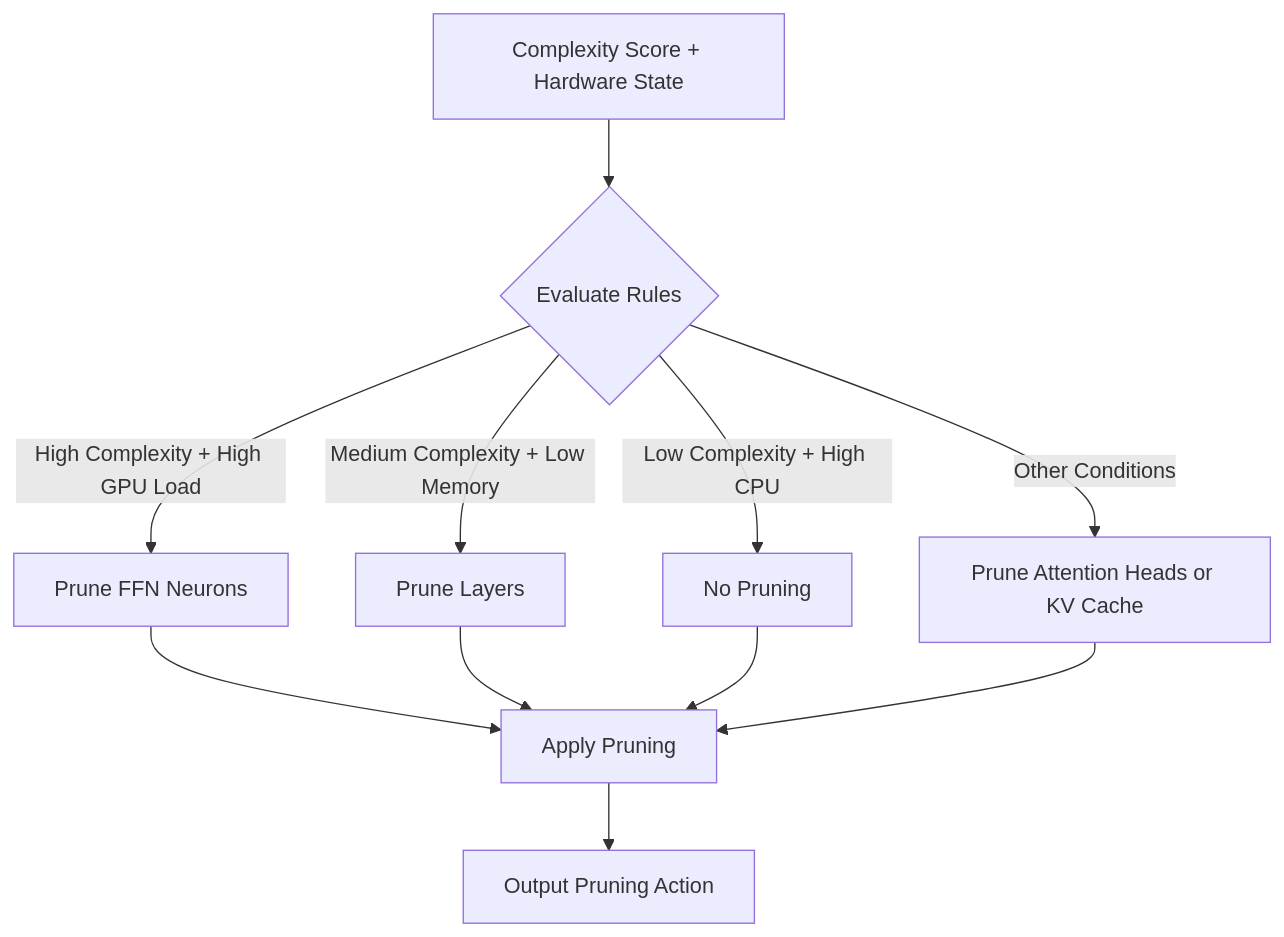
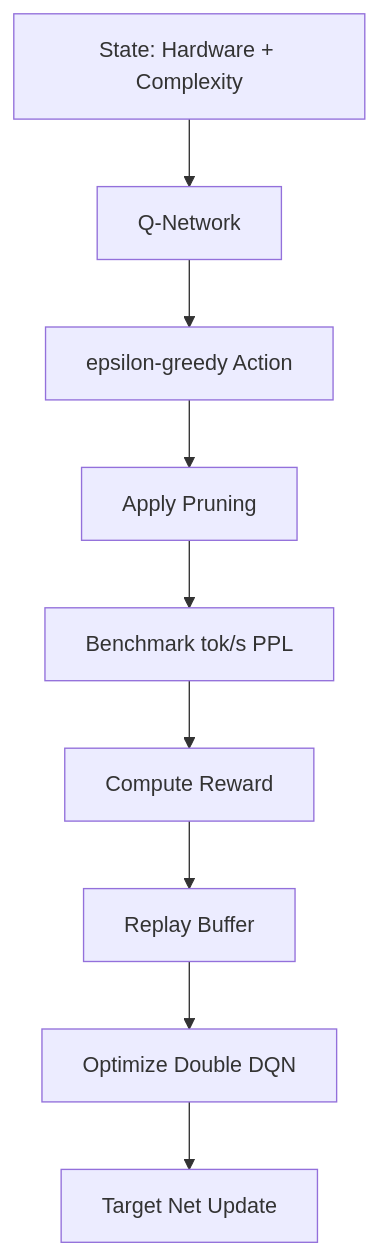
The third of 3 diagrams in README.md (asief-iqbal/Thesis), drawn with Mermaid before and after one commit. The commit also changed other lines of this file, not shown here.

Commit message:
Fix Mermaid diagram parse error: remove parentheses from node labels

````diff
--- a/README.md
+++ b/README.md
@@ -290,13 +246,11 @@
 ```mermaid
 flowchart TD
-    A[Complexity Score + Hardware State] --> B{Evaluate Rules}
-    B -->|High Complexity + High GPU Load| C[Prune FFN Neurons]
-    B -->|Medium Complexity + Low Memory| D[Prune Layers]
-    B -->|Low Complexity + High CPU| E[No Pruning]
-    B -->|Other Conditions| F[Prune Attention Heads or KV Cache]
-    C --> G[Apply Pruning]
-    D --> G
-    E --> G
-    F --> G
-    G --> H[Output Pruning Action]
+    A[State: Hardware + Complexity] --> B[Q-Network]
+    B --> C[epsilon-greedy Action]
+    C --> D[Apply Pruning]
+    D --> E[Benchmark tok/s PPL]
+    E --> F[Compute Reward]
+    F --> G[Replay Buffer]
+    G --> H[Optimize Double DQN]
+    H --> I[Target Net Update]
 ```
````
